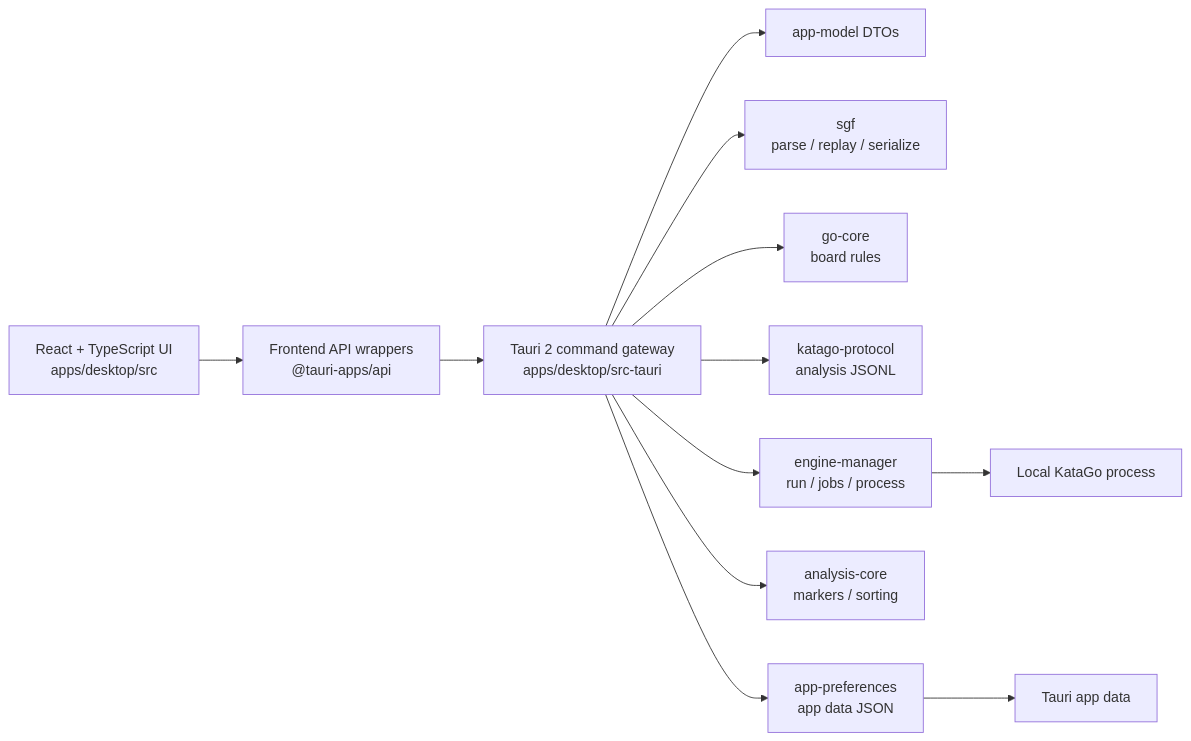
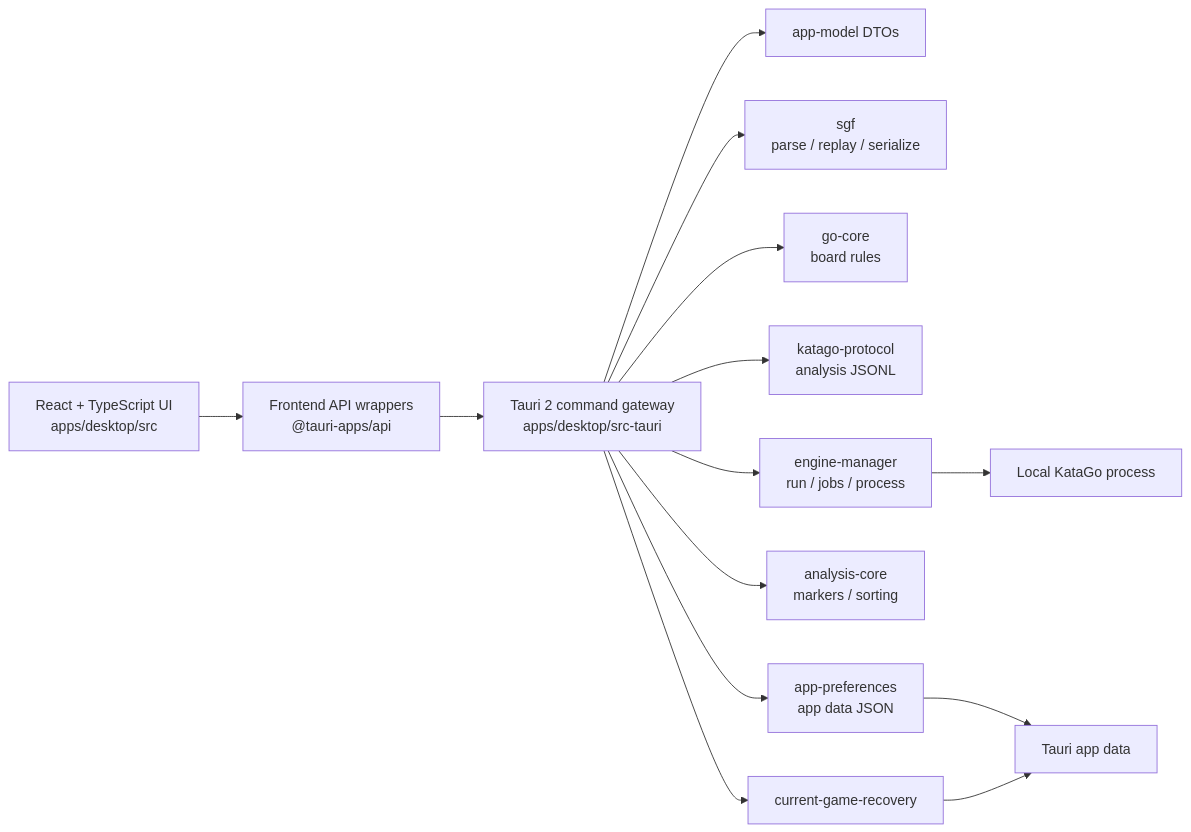
The diagram in docs/ARCHITECTURE_NEXT.md (qiyi71w/lizzieyzy-next-tauri), drawn with Mermaid before and after one commit. The commit also changed other lines of this file and 52 other files, not shown here.

````diff
--- a/docs/ARCHITECTURE_NEXT.md
+++ b/docs/ARCHITECTURE_NEXT.md
@@ -7,14 +7,16 @@
 ```mermaid
 flowchart LR
   UI["React + TypeScript UI\napps/desktop/src"] --> API["Frontend API wrappers\n@tauri-apps/api"]
   API --> Tauri["Tauri 2 command gateway\napps/desktop/src-tauri"]
   Tauri --> Model["app-model DTOs"]
   Tauri --> SGF["sgf\nparse / replay / serialize"]
   Tauri --> Go["go-core\nboard rules"]
   Tauri --> Kata["katago-protocol\nanalysis JSONL"]
   Tauri --> Engine["engine-manager\nrun / jobs / process"]
   Tauri --> Analysis["analysis-core\nmarkers / sorting"]
   Tauri --> Prefs["app-preferences\napp data JSON"]
+  Tauri --> Recovery["current-game-recovery"]
   Engine --> KataGo["Local KataGo process"]
   Prefs --> AppData["Tauri app data"]
+  Recovery --> AppData
 ```
````
